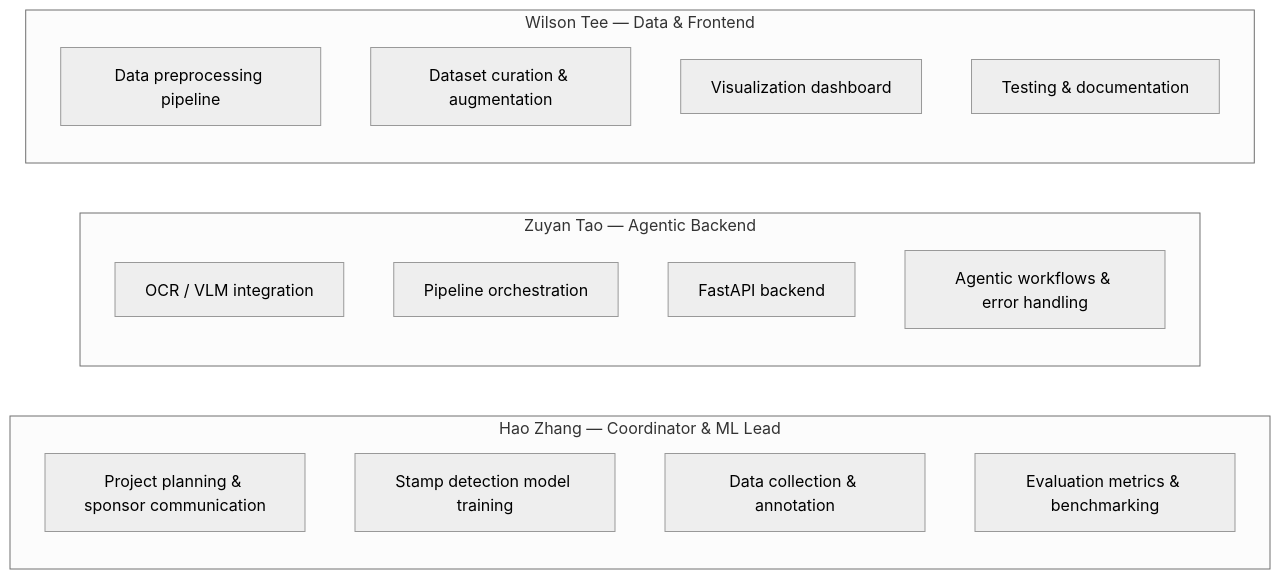
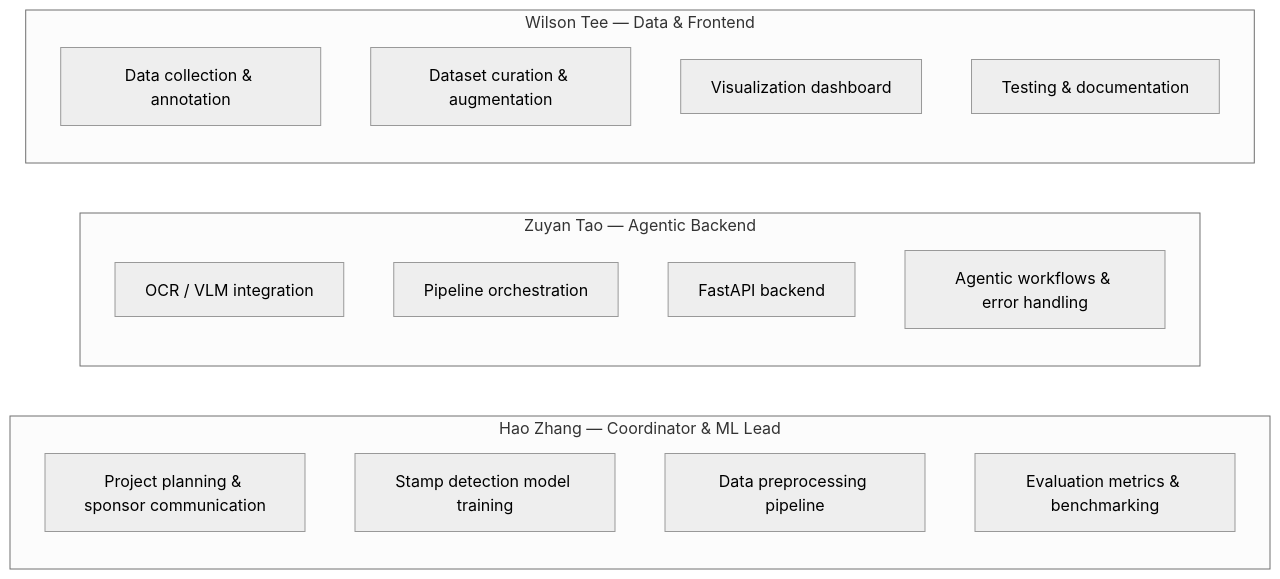
One commit to 8Dis-like/travel-history-reconstruction changed the fourth of 4 diagrams in docs/proposal.md. Above: the diagram before and after it, drawn with Mermaid (neutral theme). The commit also changed other lines of this file and 4 other files, not shown here.

Commit message:
feat: add YOLOv8 stamp detector, preprocessing pipeline, and swap Hao/Wilson role assignments

````diff
--- a/docs/proposal.md
+++ b/docs/proposal.md
@@ -471,23 +471,23 @@
 ```mermaid
 graph LR
     subgraph "Hao Zhang — Coordinator & ML Lead"
         A1[Project planning & sponsor communication]
         A2[Stamp detection model training]
-        A3[Data collection & annotation]
+        A3[Data preprocessing pipeline]
         A4[Evaluation metrics & benchmarking]
     end
 
     subgraph "Zuyan Tao — Agentic Backend"
         B1[OCR / VLM integration]
         B2[Pipeline orchestration]
         B3[FastAPI backend]
         B4[Agentic workflows & error handling]
     end
 
     subgraph "Wilson Tee — Data & Frontend"
-        C1[Data preprocessing pipeline]
+        C1[Data collection & annotation]
         C2[Dataset curation & augmentation]
         C3[Visualization dashboard]
         C4[Testing & documentation]
     end
 ```
````
